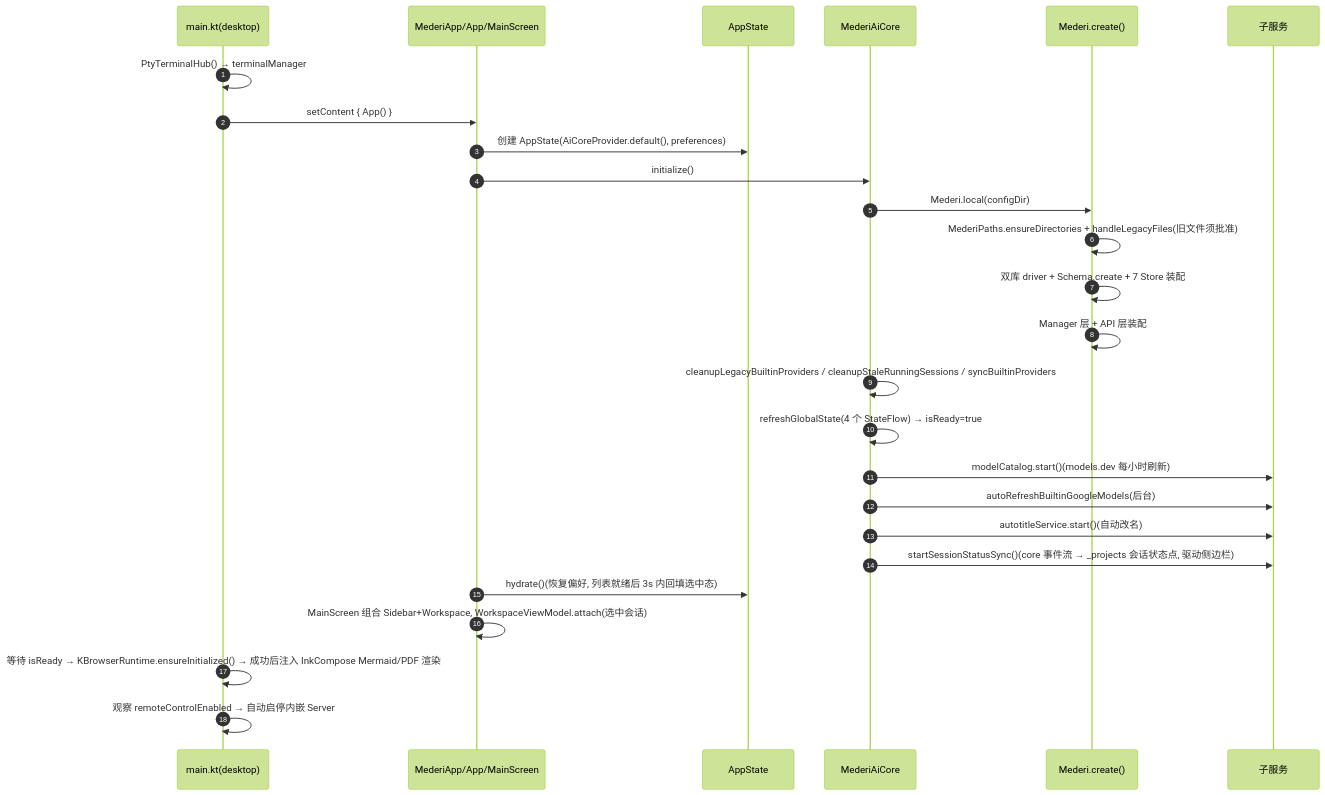
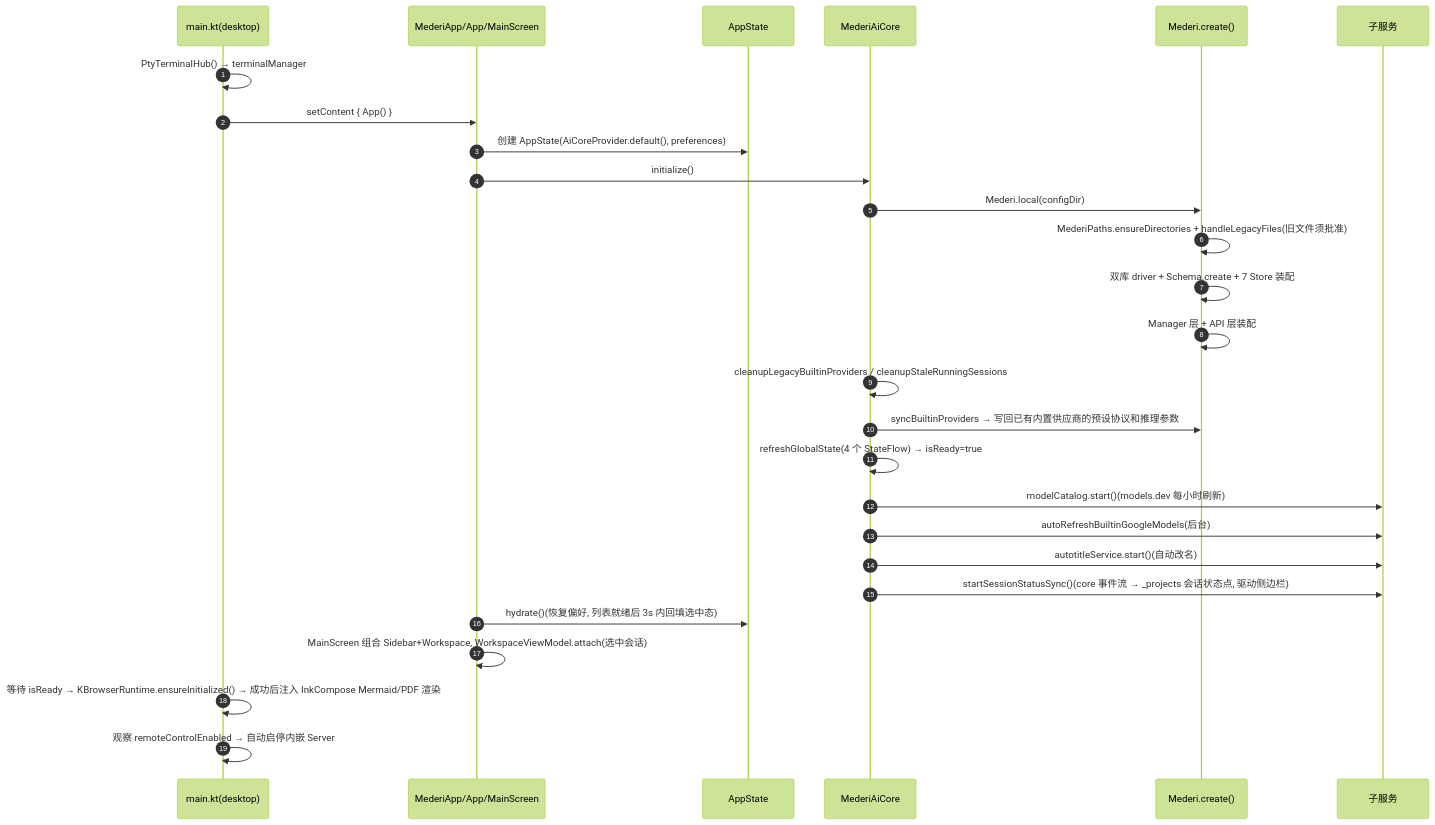
Diagram 20 of 49 in docs/architecture/04-flows.md (lzdev42/mederi), drawn with Mermaid (forest theme) before and after one commit. The commit also changed other lines of this file and 227 other files, not shown here.

````diff
--- a/docs/architecture/04-flows.md
+++ b/docs/architecture/04-flows.md
@@ -801,29 +822,30 @@
 ```mermaid
 sequenceDiagram
     autonumber
     participant M as main.kt(desktop)
     participant APP as MederiApp/App/MainScreen
     participant ST as AppState
     participant MAC as MederiAiCore
     participant MED as Mederi.create()
     participant SVC as 子服务
 
     M->>M: PtyTerminalHub() → terminalManager
     M->>APP: setContent { App() }
     APP->>ST: 创建 AppState(AiCoreProvider.default(), preferences)
     APP->>MAC: initialize()
     MAC->>MED: Mederi.local(configDir)
     MED->>MED: MederiPaths.ensureDirectories + handleLegacyFiles(旧文件须批准)
     MED->>MED: 双库 driver + Schema.create + 7 Store 装配
     MED->>MED: Manager 层 + API 层装配
-    MAC->>MAC: cleanupLegacyBuiltinProviders / cleanupStaleRunningSessions / syncBuiltinProviders
+    MAC->>MAC: cleanupLegacyBuiltinProviders / cleanupStaleRunningSessions
+    MAC->>MED: syncBuiltinProviders → 写回已有内置供应商的预设协议和推理参数
     MAC->>MAC: refreshGlobalState(4 个 StateFlow) → isReady=true
     MAC->>SVC: modelCatalog.start()(models.dev 每小时刷新)
     MAC->>SVC: autoRefreshBuiltinGoogleModels(后台)
     MAC->>SVC: autotitleService.start()(自动改名)
     MAC->>SVC: startSessionStatusSync()(core 事件流 → _projects 会话状态点, 驱动侧边栏)
     APP->>ST: hydrate()(恢复偏好, 列表就绪后 3s 内回填选中态)
     APP->>APP: MainScreen 组合 Sidebar+Workspace, WorkspaceViewModel.attach(选中会话)
     M->>M: 等待 isReady → KBrowserRuntime.ensureInitialized() → 成功后注入 InkCompose Mermaid/PDF 渲染
     M->>M: 观察 remoteControlEnabled → 自动启停内嵌 Server
 ```
````
